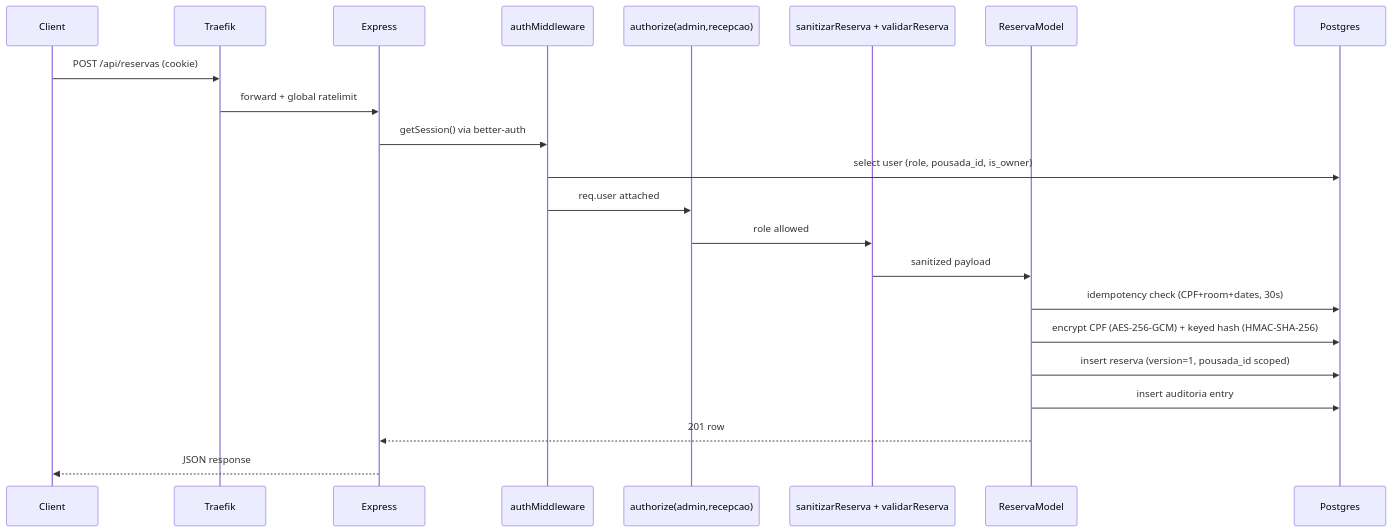
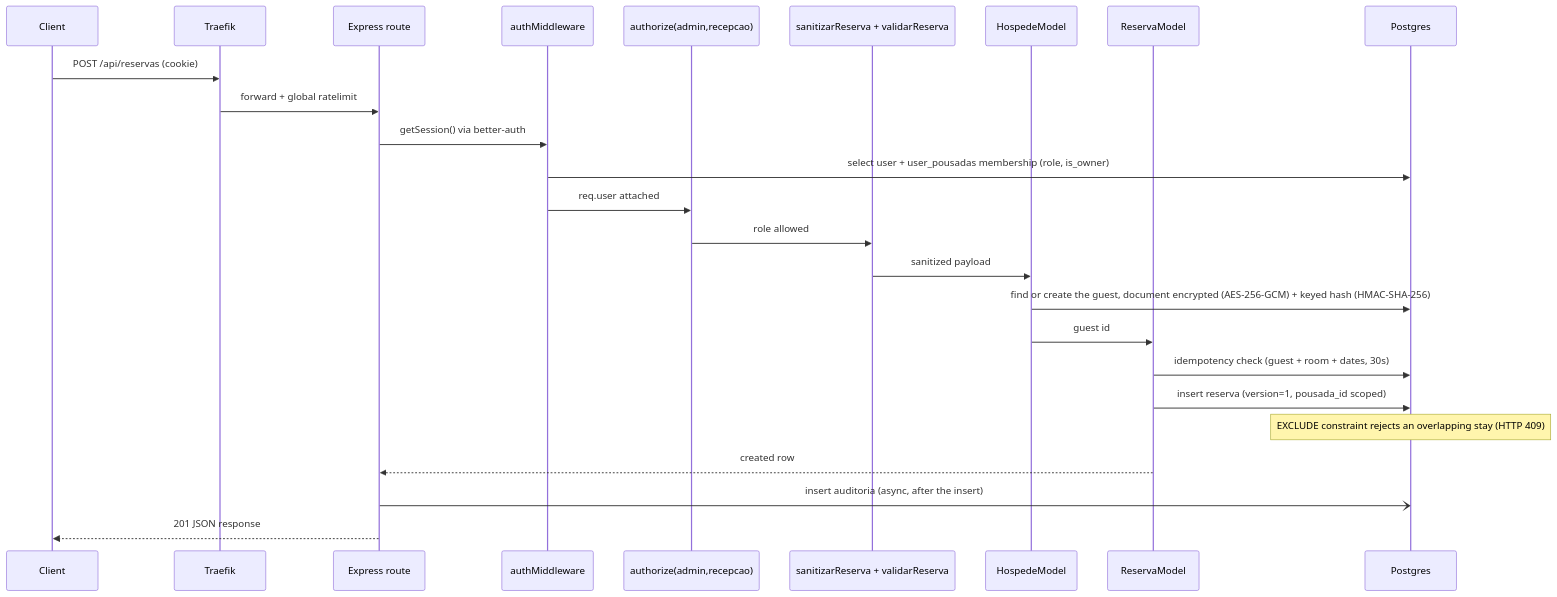
Before and after one commit to DevPedroGomes/Reservas_Pousada: the second of 3 diagrams in README.md, drawn with Mermaid. The commit also changed other lines of this file, not shown here.

````diff
--- a/README.md
+++ b/README.md
@@ -89,25 +97,28 @@
 ```mermaid
 sequenceDiagram
     participant C as Client
     participant T as Traefik
-    participant API as Express
+    participant API as Express route
     participant A as authMiddleware
     participant Z as authorize(admin,recepcao)
     participant V as sanitizarReserva + validarReserva
+    participant H as HospedeModel
     participant M as ReservaModel
     participant DB as Postgres
 
     C->>T: POST /api/reservas (cookie)
     T->>API: forward + global ratelimit
     API->>A: getSession() via better-auth
-    A->>DB: select user (role, pousada_id, is_owner)
+    A->>DB: select user + user_pousadas membership (role, is_owner)
     A->>Z: req.user attached
     Z->>V: role allowed
-    V->>M: sanitized payload
-    M->>DB: idempotency check (CPF+room+dates, 30s)
-    M->>DB: encrypt CPF (AES-256-GCM) + keyed hash (HMAC-SHA-256)
+    V->>H: sanitized payload
+    H->>DB: find or create the guest, document encrypted (AES-256-GCM) + keyed hash (HMAC-SHA-256)
+    H->>M: guest id
+    M->>DB: idempotency check (guest + room + dates, 30s)
     M->>DB: insert reserva (version=1, pousada_id scoped)
-    M->>DB: insert auditoria entry
-    M-->>API: 201 row
-    API-->>C: JSON response
+    Note over DB: EXCLUDE constraint rejects an overlapping stay (HTTP 409)
+    M-->>API: created row
+    API-)DB: insert auditoria (async, after the insert)
+    API-->>C: 201 JSON response
 ```
````
